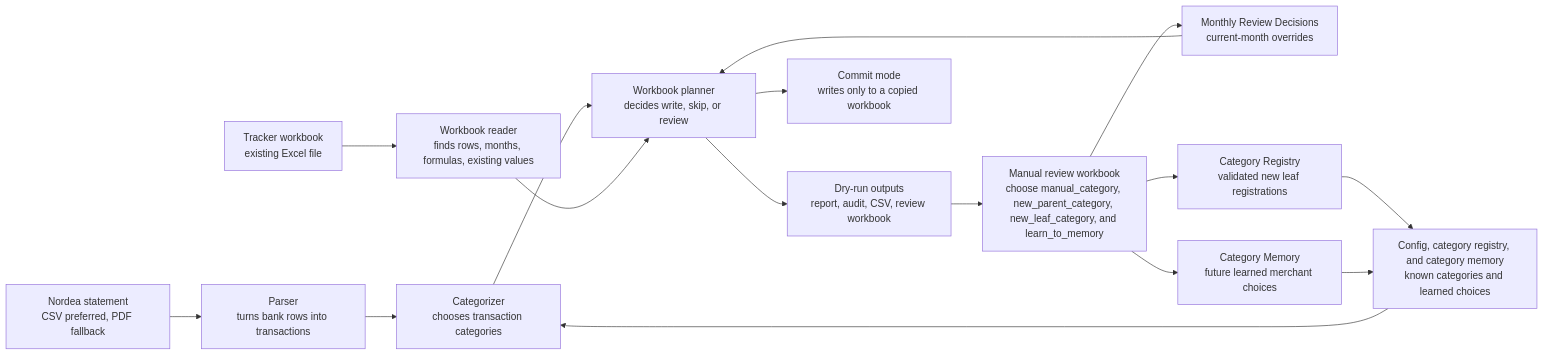
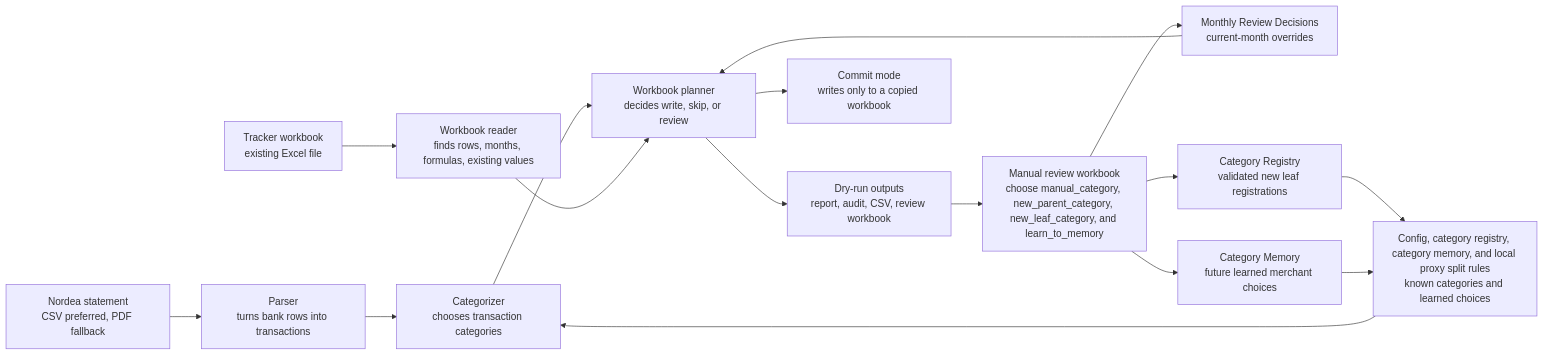
One commit to EricleungDK/personalwealthtracker changed the second of 5 diagrams in docs/project_overview.md. Above: the diagram before and after it, drawn with Mermaid. The commit also changed other lines of this file and 21 other files, not shown here.

````diff
--- a/docs/project_overview.md
+++ b/docs/project_overview.md
@@ -39,20 +39,20 @@
 ```mermaid
 flowchart LR
   Statement["Nordea statement<br/>CSV preferred, PDF fallback"] --> Parser["Parser<br/>turns bank rows into transactions"]
   Tracker["Tracker workbook<br/>existing Excel file"] --> WorkbookRead["Workbook reader<br/>finds rows, months, formulas, existing values"]
-  Rules["Config, category registry, and category memory<br/>known categories and learned choices"] --> Categorizer["Categorizer<br/>chooses transaction categories"]
+  Rules["Config, category registry, category memory, and local proxy split rules<br/>known categories and learned choices"] --> Categorizer["Categorizer<br/>chooses transaction categories"]
 
   Parser --> Categorizer
   Categorizer --> Planner["Workbook planner<br/>decides write, skip, or review"]
   WorkbookRead --> Planner
 
   Planner --> DryRun["Dry-run outputs<br/>report, audit, CSV, review workbook"]
   DryRun --> Review["Manual review workbook<br/>choose manual_category, new_parent_category, new_leaf_category, and learn_to_memory"]
   Review --> Decisions["Monthly Review Decisions<br/>current-month overrides"]
   Review --> Registry["Category Registry<br/>validated new leaf registrations"]
   Review --> Memory["Category Memory<br/>future learned merchant choices"]
   Registry --> Rules
   Decisions --> Planner
   Memory --> Rules
   Planner --> Commit["Commit mode<br/>writes only to a copied workbook"]
 ```
````
